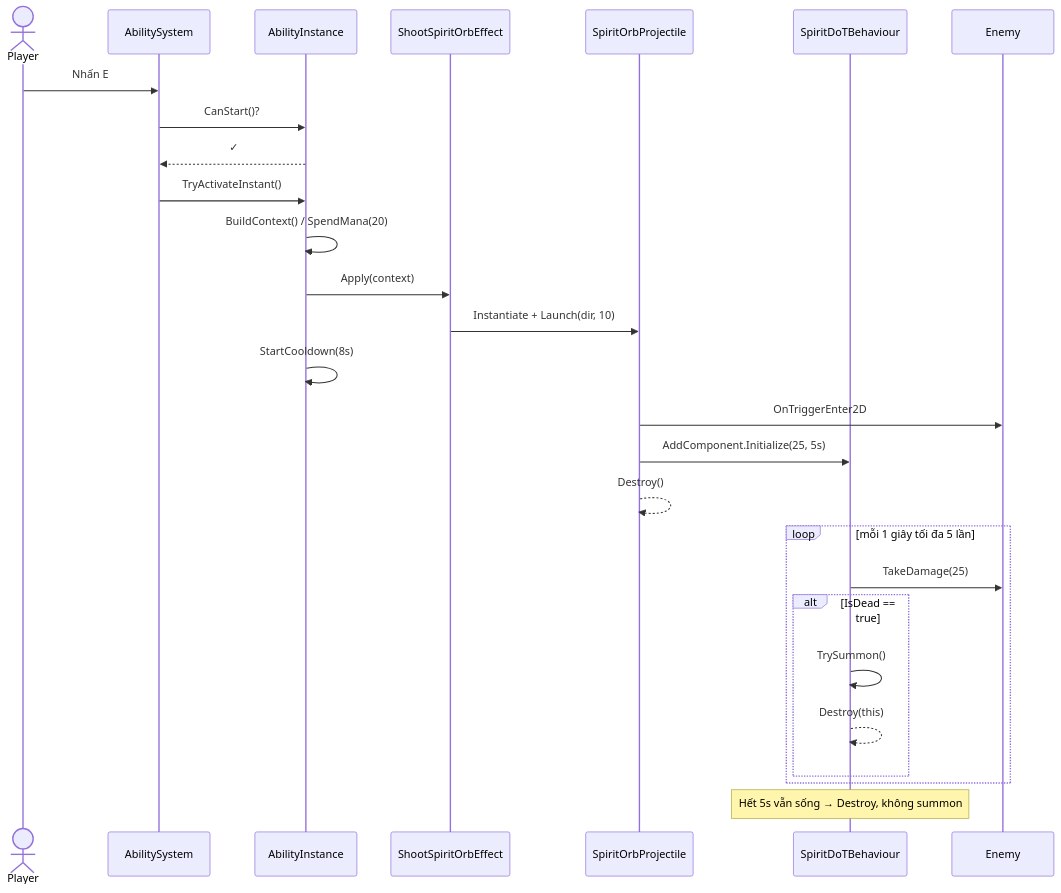
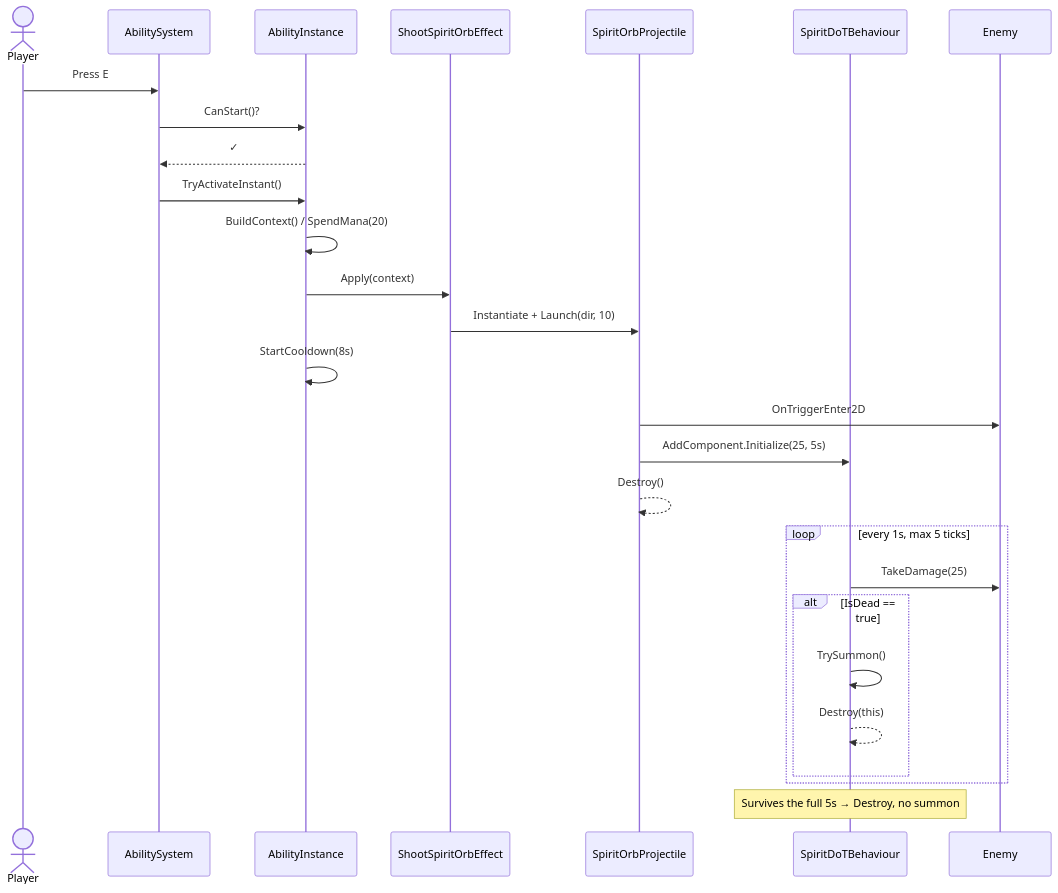
Before and after one commit to kay6198835/Game-RPG: the second of 5 diagrams in docs/diagrams/ability-system-diagrams.md, drawn with Mermaid. The commit also changed other lines of this file and 4 other files, not shown here.

````diff
--- a/docs/diagrams/ability-system-diagrams.md
+++ b/docs/diagrams/ability-system-diagrams.md
@@ -52,32 +74,32 @@
 ```mermaid
 sequenceDiagram
     actor P as Player
     participant AS as AbilitySystem
     participant AI as AbilityInstance
     participant EFF as ShootSpiritOrbEffect
     participant ORB as SpiritOrbProjectile
     participant DOT as SpiritDoTBehaviour
     participant E as Enemy
 
-    P->>AS: Nhấn E
+    P->>AS: Press E
     AS->>AI: CanStart()?
     AI-->>AS: ✓
     AS->>AI: TryActivateInstant()
     AI->>AI: BuildContext() / SpendMana(20)
     AI->>EFF: Apply(context)
     EFF->>ORB: Instantiate + Launch(dir, 10)
     AI->>AI: StartCooldown(8s)
 
     ORB->>E: OnTriggerEnter2D
     ORB->>DOT: AddComponent.Initialize(25, 5s)
     ORB-->>ORB: Destroy()
 
-    loop mỗi 1 giây tối đa 5 lần
+    loop every 1s, max 5 ticks
         DOT->>E: TakeDamage(25)
         alt IsDead == true
             DOT->>DOT: TrySummon()
             DOT-->>DOT: Destroy(this)
         end
     end
-    Note over DOT: Hết 5s vẫn sống → Destroy, không summon
+    Note over DOT: Survives the full 5s → Destroy, no summon
 ```
````
